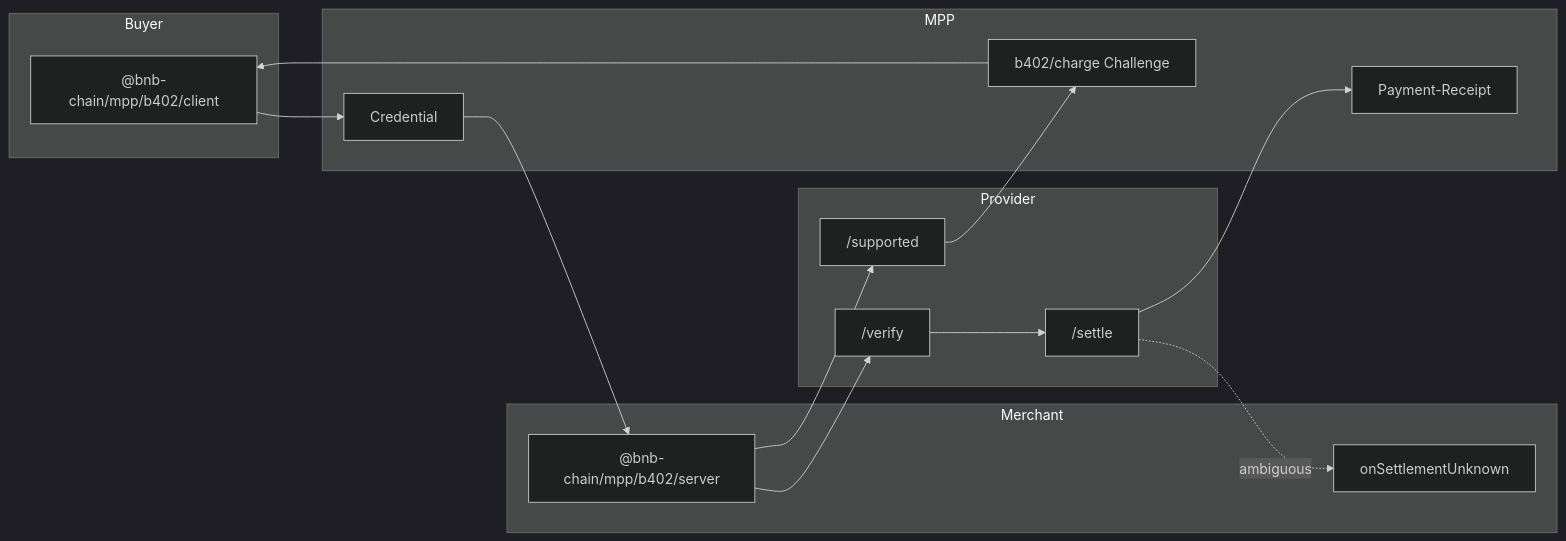
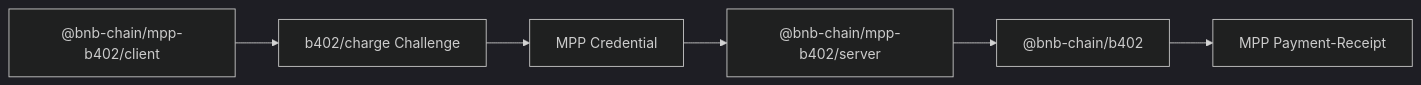
The fourth of 4 diagrams in docs/architecture.md (bnb-chain/mpp-sdk), drawn with Mermaid (dark theme) before and after one commit. The commit also changed other lines of this file and 96 other files, not shown here.

Commit message:
refactor(b402): split provider and MPP adapter

````diff
--- a/docs/architecture.md
+++ b/docs/architecture.md
@@ -48,30 +77,8 @@
 ```mermaid
 flowchart LR
-  subgraph Buyer
-    BC["@bnb-chain/mpp/b402/client"]
-  end
-  subgraph MPP
-    CH["b402/charge Challenge"]
-    CR["Credential"]
-    RC["Payment-Receipt"]
-  end
-  subgraph Merchant
-    BS["@bnb-chain/mpp/b402/server"]
-    UH["onSettlementUnknown"]
-  end
-  subgraph Provider
-    SUP["/supported"]
-    VER["/verify"]
-    SET["/settle"]
-  end
-
-  BS --> SUP
-  SUP --> CH
-  CH --> BC
-  BC --> CR
-  CR --> BS
-  BS --> VER
-  VER --> SET
-  SET --> RC
-  SET -. "ambiguous" .-> UH
+  MC["@bnb-chain/mpp-b402/client"] --> CH["b402/charge Challenge"]
+  CH --> CR["MPP Credential"]
+  CR --> MS["@bnb-chain/mpp-b402/server"]
+  MS --> BP["@bnb-chain/b402"]
+  BP --> RC["MPP Payment-Receipt"]
 ```
````
